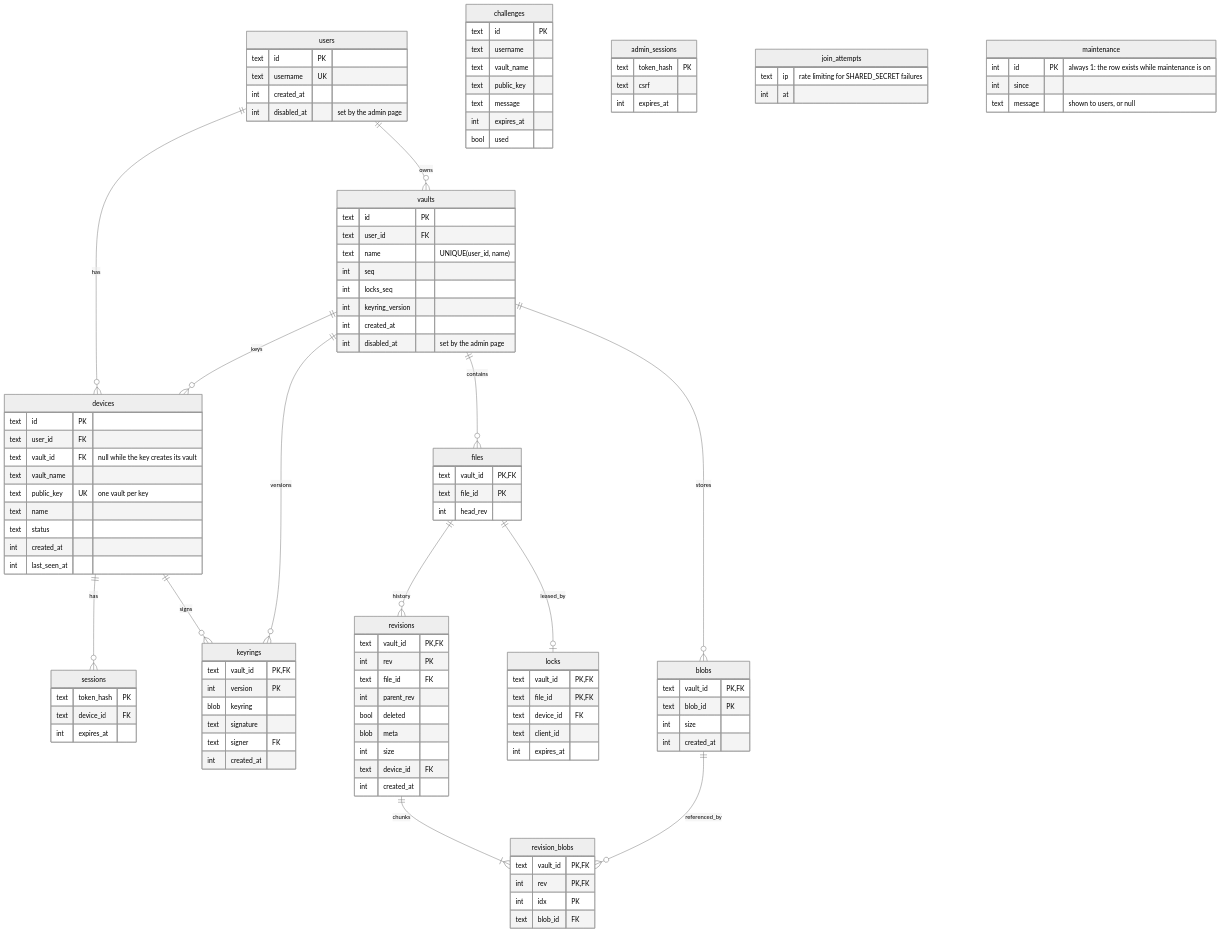
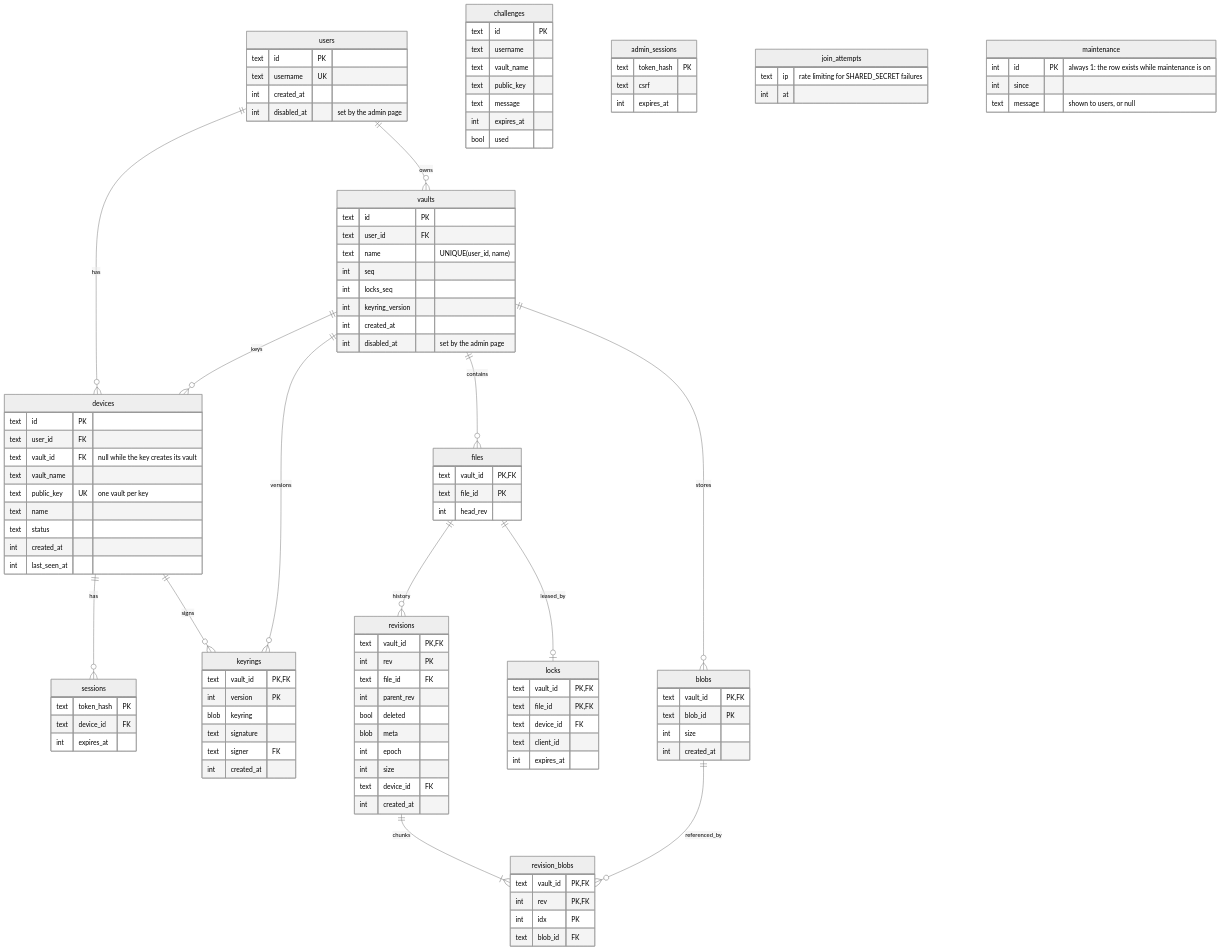
One commit to ibehren1/obsidian-vault-syncryption changed the second of 3 diagrams in docs/architecture.md. Above: the diagram before and after it, drawn with Mermaid (neutral theme). The commit also changed other lines of this file and 34 other files, not shown here.

```diff
--- a/docs/architecture.md
+++ b/docs/architecture.md
@@ -137,6 +138,7 @@
         int parent_rev
         bool deleted
         blob meta
+        int epoch
         int size
         text device_id FK
         int created_at
```
